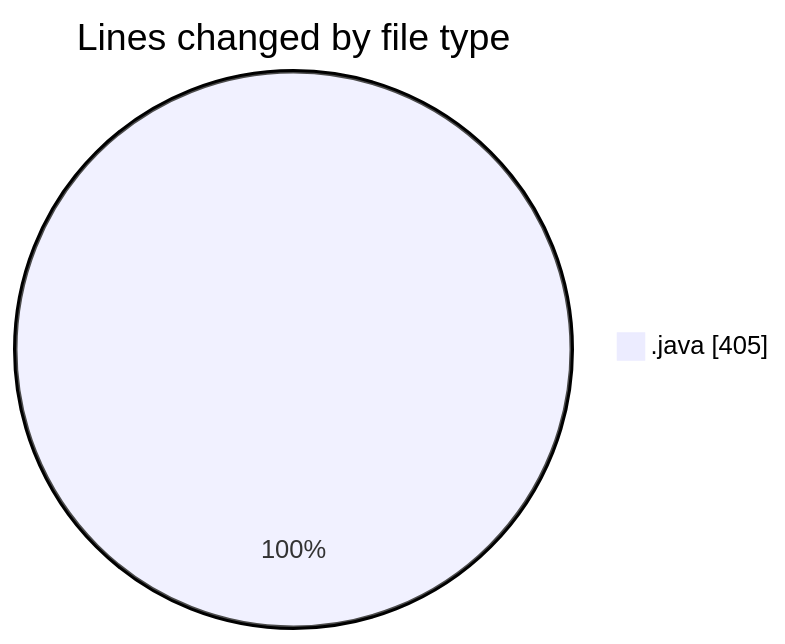
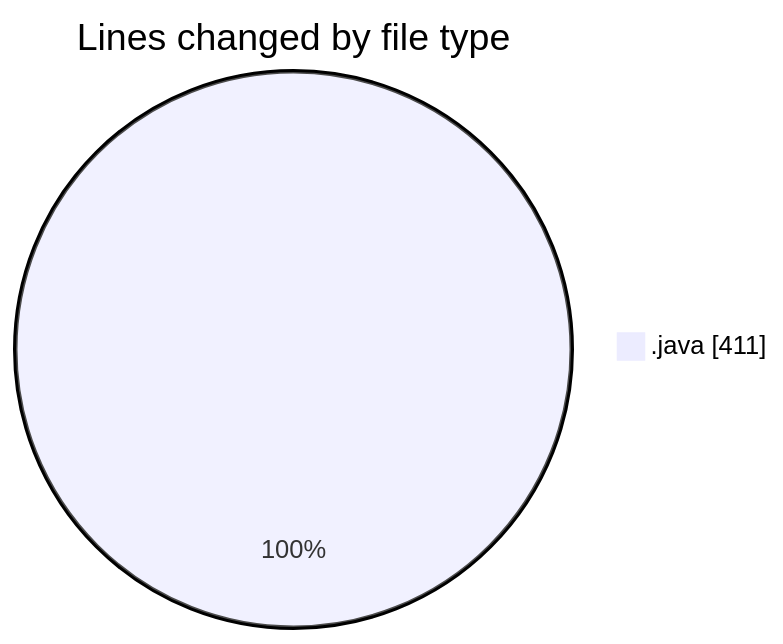
The first of 2 diagrams in 2026-03-11/cilreports__workspace_/README.md (ricardozamudiocil/code-tracking), drawn with Mermaid before and after one commit. The commit also changed other lines of this file and 1 other file, not shown here.

````diff
--- a/2026-03-11/cilreports__workspace_/README.md
+++ b/2026-03-11/cilreports__workspace_/README.md
@@ -24,5 +24,5 @@
 ```mermaid
 pie showData
 title Lines changed by file type
-".java" : 405
+".java" : 411
 ```
````
